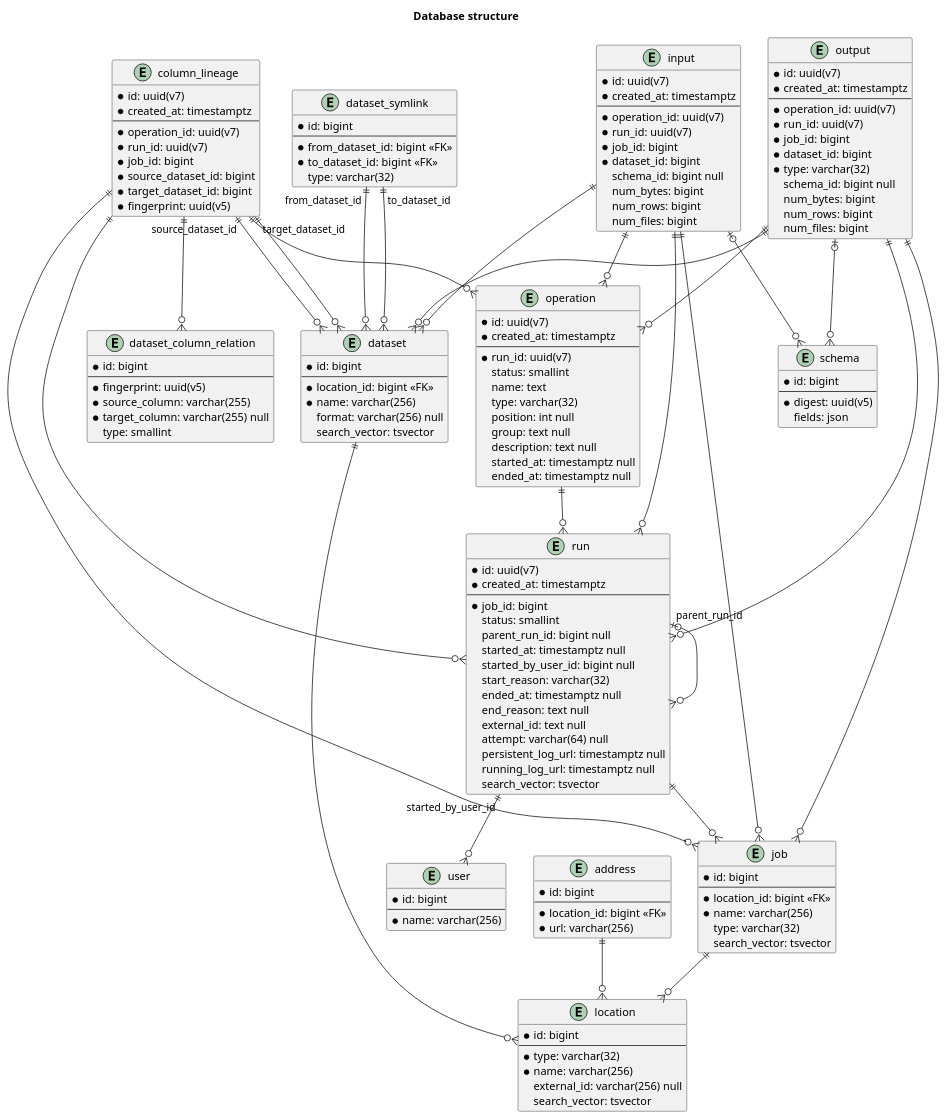
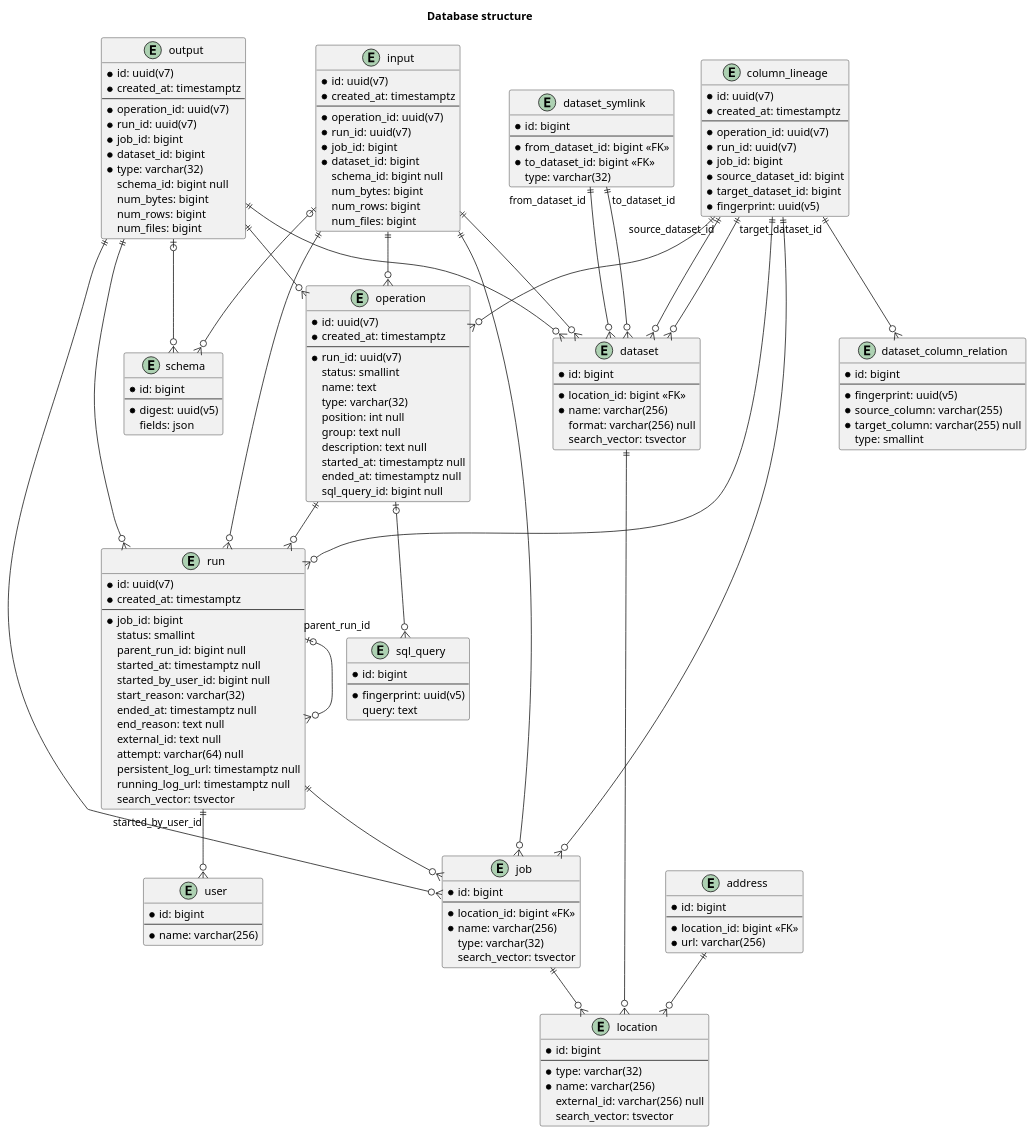
Before and after one commit to MobileTeleSystems/data-rentgen: the diagram in docs/reference/database/structure.rst, drawn with PlantUML. The commit also changed 2 other files, not shown here.

Commit message:
[DOP-25365] Improve documentation of Entities

```diff
--- a/docs/reference/database/structure.rst
+++ b/docs/reference/database/structure.rst
@@ -77,6 +77,13 @@
         search_vector: tsvector
     }
 
+    entity sql_query {
+        * id: bigint
+        ----
+        * fingerprint: uuid(v5)
+        query: text
+    }
+
     entity operation {
         * id: uuid(v7)
         * created_at: timestamptz
@@ -90,6 +97,7 @@
         description: text null
         started_at: timestamptz null
         ended_at: timestamptz null
+        sql_query_id: bigint null
     }
 
     entity schema {
@@ -162,6 +170,7 @@
     run "parent_run_id" |o--o{ run
 
     operation ||--o{ run
+    operation |o--o{ sql_query
 
     input ||--o{ operation
     input ||--o{ run
```
